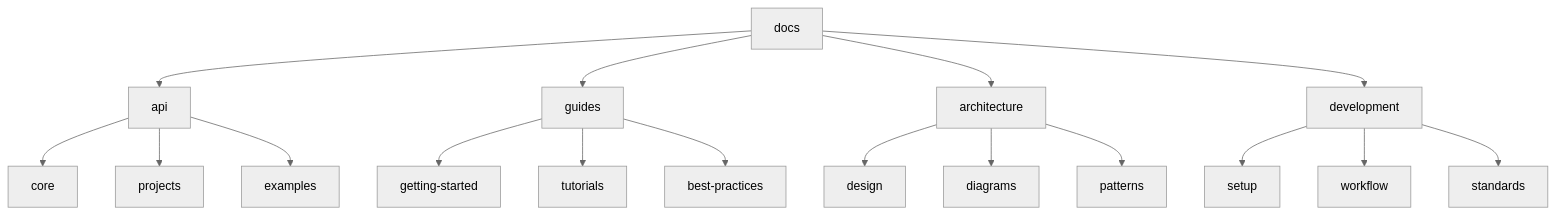
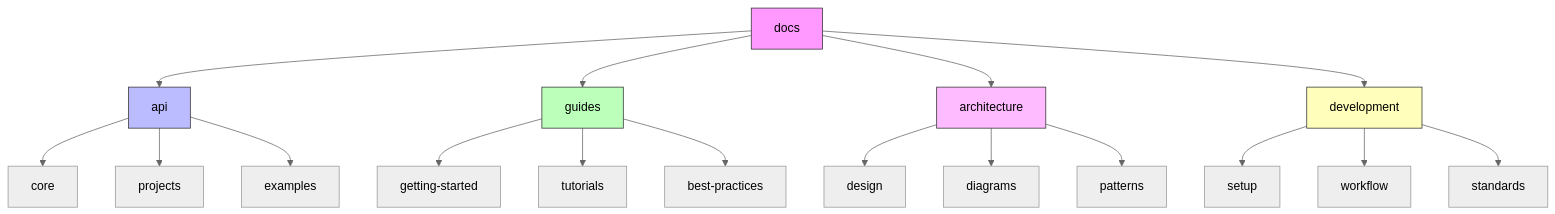
The second of 9 diagrams in docs/README.md (BjornMelin/ml-vision-lab), drawn with Mermaid (neutral theme) before and after one commit. The commit also changed other lines of this file and 2 other files, not shown here.

Commit message:
docs(README): Update project structure and add mermaid diagrams for better visualization

````diff
--- a/docs/README.md
+++ b/docs/README.md
@@ -22,19 +43,25 @@
 ```mermaid
 graph TD
     A[docs] --> B[api]
     A --> C[guides]
     A --> D[architecture]
     A --> E[development]
     B --> F[core]
     B --> G[projects]
     B --> H[examples]
     C --> I[getting-started]
     C --> J[tutorials]
     C --> K[best-practices]
     D --> L[design]
     D --> M[diagrams]
     D --> N[patterns]
     E --> O[setup]
     E --> P[workflow]
     E --> Q[standards]
+
+    style A fill:#f9f,stroke:#333
+    style B fill:#bbf,stroke:#333
+    style C fill:#bfb,stroke:#333
+    style D fill:#fbf,stroke:#333
+    style E fill:#ffb,stroke:#333
 ```
````
